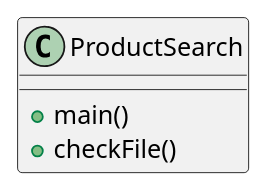
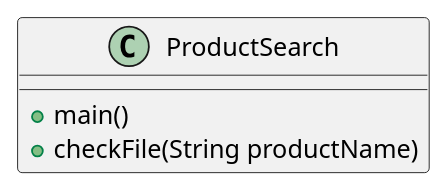
The diagram in src/main/java/ex44/ex44.puml (JesseJ756/JavaPractice), drawn with PlantUML before and after one commit. The commit also changed 2 other files, not shown here.

Commit message:
added Pseudo Code to ex44, deleted Pseudo Code from ex44 Java code, updated UML

```diff
--- a/src/main/java/ex44/ex44.puml
+++ b/src/main/java/ex44/ex44.puml
@@ -1,8 +1,8 @@
 @startuml
 'https://plantuml.com/sequence-diagram
 
 
 ProductSearch : + main()
-ProductSearch : + checkFile()
+ProductSearch : + checkFile(String productName)
 
 @enduml
```
